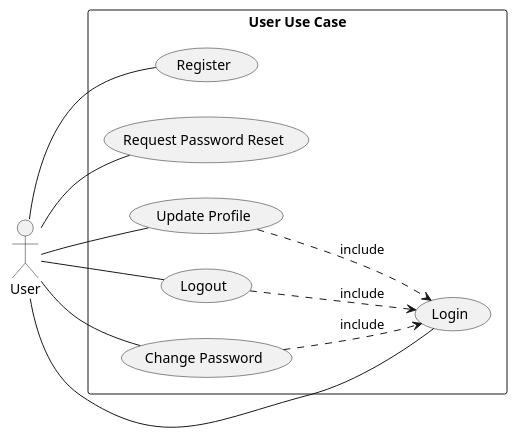
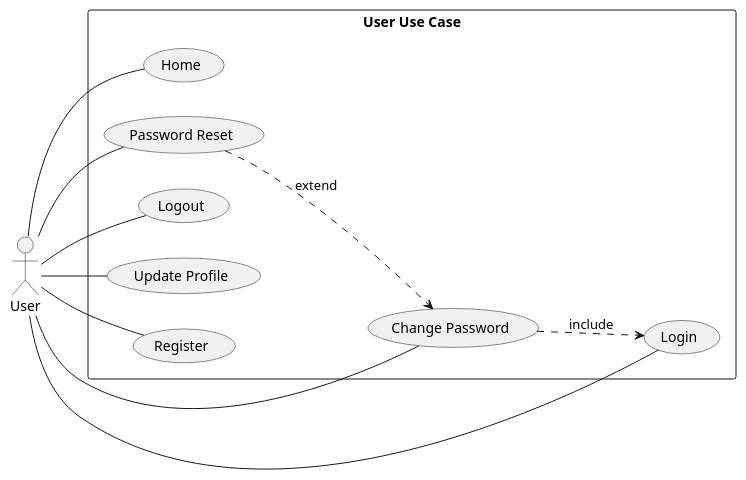
Before and after one commit to cendekia-mu/opensipkd-base: the diagram in docs/user_uc.puml, drawn with PlantUML. The commit also changed 5 other files, not shown here.

```diff
--- a/docs/user_uc.puml
+++ b/docs/user_uc.puml
@@ -1,20 +1,27 @@
-@startuml uc_user
+@startuml uc_users
 
 left to right direction
 
 actor User
 
 rectangle "User Use Case" {
-  User -- (Register)
-  User -- (Login)
-  User -- (Request Password Reset)
-  User -- (Update Profile)
-  User -- (Logout)
-  User -- (Change Password)
-  (Update Profile)..> (Login):include
-  (Logout)..> (Login):include
-  (Change Password)..> (Login):include
+  (Home) as home
+  (Password Reset) as passwordReset
+  (Change Password) as changePassword
+  (Login) as login
+  (Logout) as logout
+  (Update Profile) as updateProfile
+  (Register) as register
+}
+passwordReset ..> changePassword : extend
+changePassword ..> login:include
+User -- passwordReset
+User -- changePassword
+User -- register
+User -- login
+User -- updateProfile
+User -- logout
+User -- home
 
-}
 
 @enduml
```
